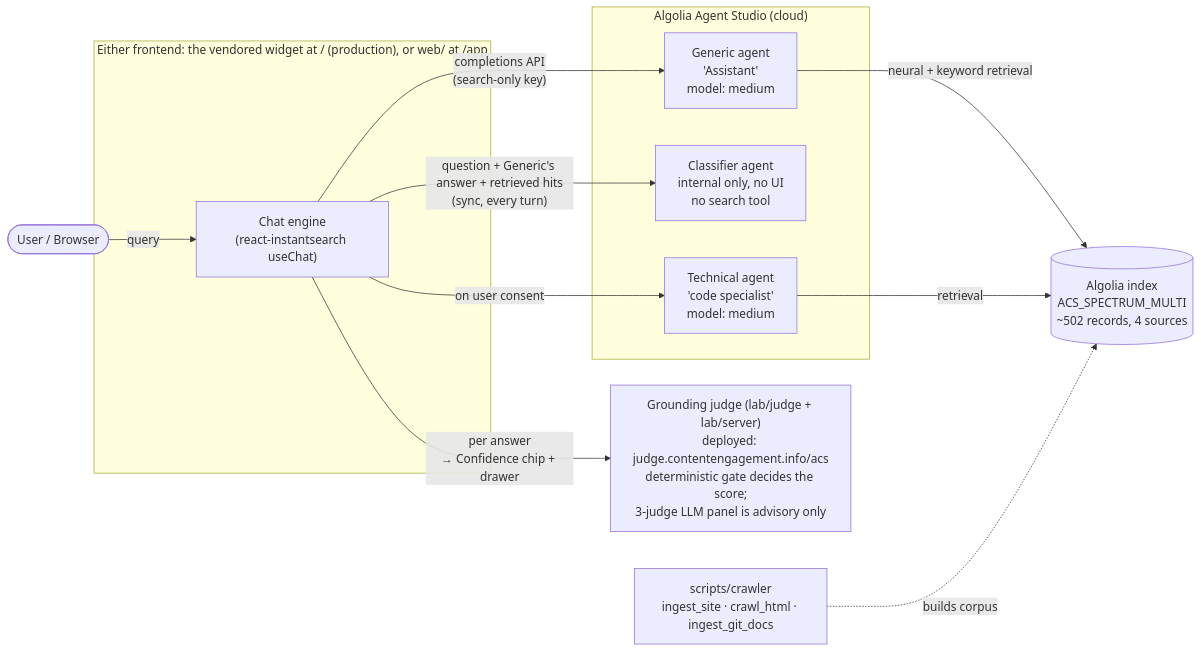
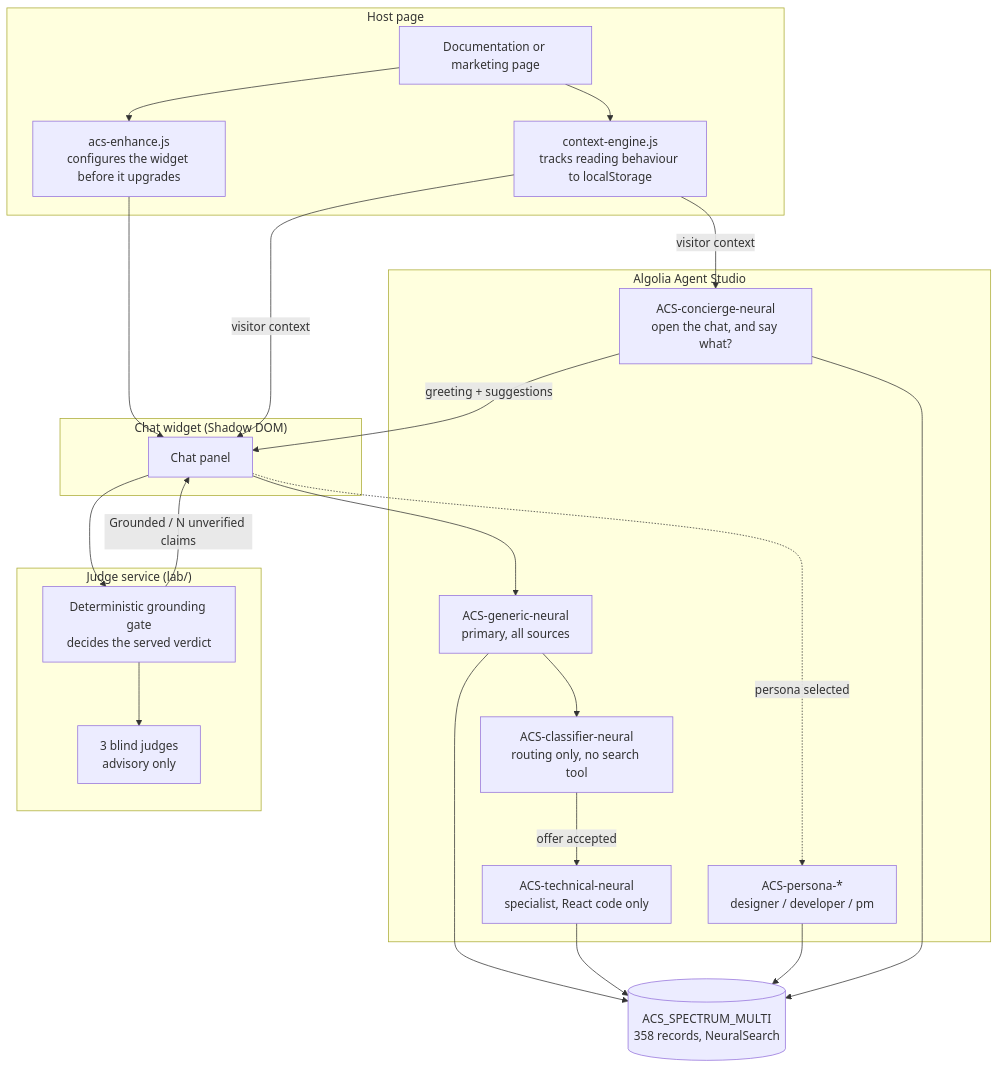
Before and after one commit to arijitchowdhury80/algolia-central-spectrum: the diagram in README.md, drawn with Mermaid. The commit also changed other lines of this file and 5 other files, not shown here.

First line of the commit message:
docs: rewrite README, ARCHITECTURE and DEPLOYING against the live system

````diff
--- a/README.md
+++ b/README.md
@@ -54,24 +51,45 @@
 ```mermaid
-flowchart LR
-  U([User / Browser])
-  subgraph Client["Either frontend: the vendored widget at / (production), or web/ at /app"]
-    APP["Chat engine<br/>(react-instantsearch useChat)"]
+flowchart TB
+  subgraph host["Host page"]
+    PAGE["Documentation or marketing page"]
+    ENH["acs-enhance.js<br/>configures the widget before it upgrades"]
+    CTX["context-engine.js<br/>tracks reading behaviour to localStorage"]
   end
-  subgraph AS["Algolia Agent Studio (cloud)"]
-    GEN["Generic agent<br/>'Assistant'<br/>model: medium"]
-    CLS["Classifier agent<br/>internal only, no UI<br/>no search tool"]
-    TECH["Technical agent<br/>'code specialist'<br/>model: medium"]
+
+  subgraph widget["Chat widget (Shadow DOM)"]
+    UI["Chat panel"]
   end
-  IDX[("Algolia index<br/>ACS_SPECTRUM_MULTI<br/>~502 records, 4 sources")]
-  JUDGE["Grounding judge (lab/judge + lab/server)<br/>deployed: judge.contentengagement.info/acs<br/>deterministic gate decides the score;<br/>3-judge LLM panel is advisory only"]
-  SCR["scripts/crawler<br/>ingest_site · crawl_html · ingest_git_docs"]
 
-  U -->|query| APP
-  APP -->|"completions API<br/>(search-only key)"| GEN
-  APP -->|"question + Generic's answer + retrieved hits<br/>(sync, every turn)"| CLS
-  APP -->|on user consent| TECH
-  GEN -->|neural + keyword retrieval| IDX
-  TECH -->|retrieval| IDX
-  APP -->|"per answer<br/>→ Confidence chip + drawer"| JUDGE
-  SCR -.builds corpus.-> IDX
+  subgraph studio["Algolia Agent Studio"]
+    CONC["ACS-concierge-neural<br/>open the chat, and say what?"]
+    GEN["ACS-generic-neural<br/>primary, all sources"]
+    TECH["ACS-technical-neural<br/>specialist, React code only"]
+    PERS["ACS-persona-*<br/>designer / developer / pm"]
+    CLS["ACS-classifier-neural<br/>routing only, no search tool"]
+  end
+
+  IDX[("ACS_SPECTRUM_MULTI<br/>358 records, NeuralSearch")]
+
+  subgraph judge["Judge service (lab/)"]
+    DET["Deterministic grounding gate<br/>decides the served verdict"]
+    PANEL["3 blind judges<br/>advisory only"]
+  end
+
+  PAGE --> CTX
+  PAGE --> ENH
+  ENH --> UI
+  CTX -->|visitor context| CONC
+  CONC -->|greeting + suggestions| UI
+  CTX -->|visitor context| UI
+  UI --> GEN
+  UI -.persona selected.-> PERS
+  GEN --> IDX
+  TECH --> IDX
+  PERS --> IDX
+  CONC --> IDX
+  GEN --> CLS
+  CLS -->|offer accepted| TECH
+  UI --> DET
+  DET --> PANEL
+  DET -->|Grounded / N unverified claims| UI
 ```
````
